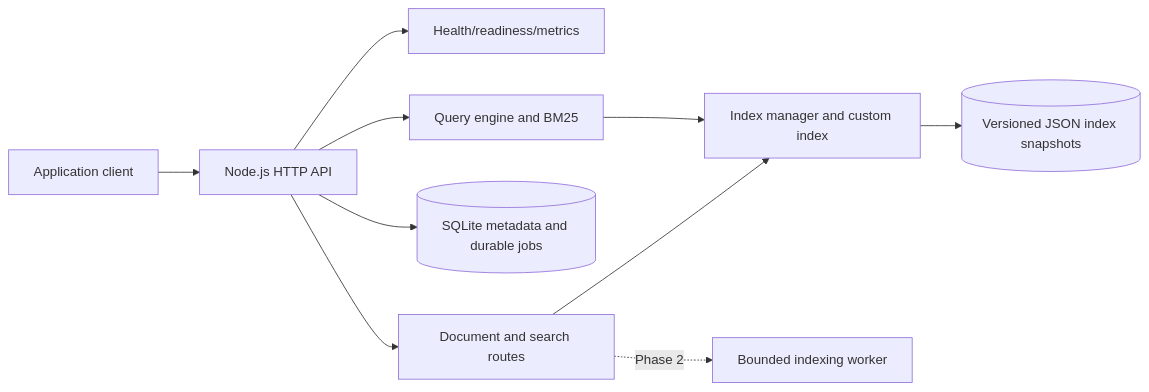
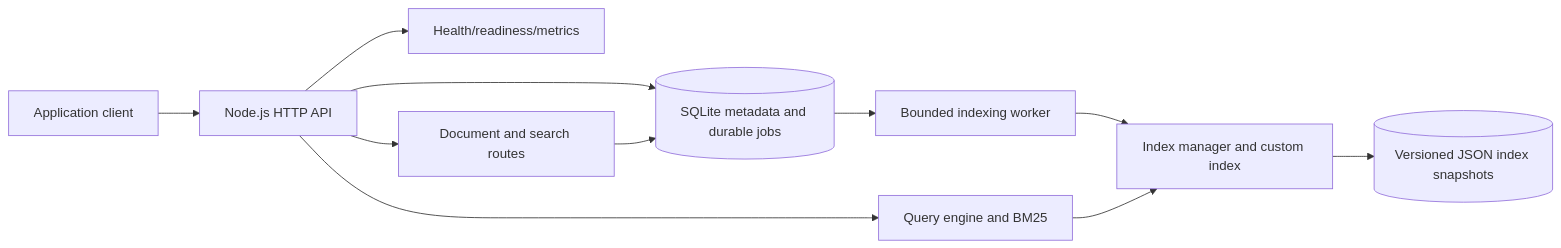
The diagram in README.md (prajexec/SearchCraft), drawn with Mermaid before and after one commit. The commit also changed other lines of this file and 27 other files, not shown here.

````diff
--- a/README.md
+++ b/README.md
@@ -44,12 +44,13 @@
 ```mermaid
 flowchart LR
     Client[Application client] --> HTTP[Node.js HTTP API]
     HTTP --> Health[Health/readiness/metrics]
     HTTP --> Documents[Document and search routes]
     HTTP --> SQLite[(SQLite metadata and durable jobs)]
-    Documents --> Index[Index manager and custom index]
+    Documents --> SQLite
+    SQLite --> Worker[Bounded indexing worker]
+    Worker --> Index[Index manager and custom index]
     Index --> Segments[(Versioned JSON index snapshots)]
     HTTP --> Query[Query engine and BM25]
     Query --> Index
-    Documents -. Phase 2 .-> Worker[Bounded indexing worker]
 ```
````
